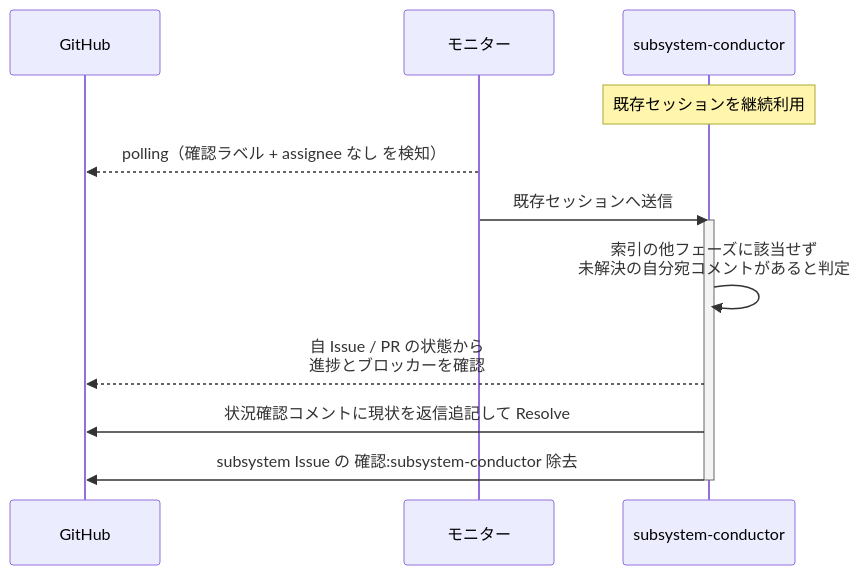
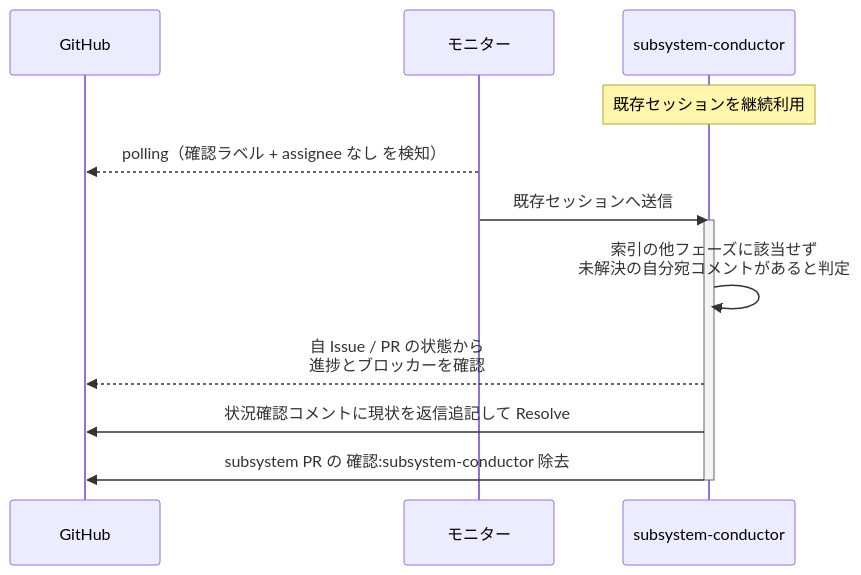
One commit to shuhei1101/ai-monitor changed the third of 4 diagrams in docs/wiki/設計図/シナリオ/単一ユースケース/統合テスト起動.md. Above: the diagram before and after it, drawn with Mermaid. The commit also changed other lines of this file and 256 other files, not shown here.

````diff
--- a/docs/wiki/設計図/シナリオ/単一ユースケース/統合テスト起動.md
+++ b/docs/wiki/設計図/シナリオ/単一ユースケース/統合テスト起動.md
@@ -110,16 +110,16 @@
 ```mermaid
 sequenceDiagram
   participant GH as GitHub
   participant ORC as モニター
   participant MON as subsystem-conductor
 
   Note over MON: 既存セッションを継続利用
   ORC-->>GH: polling（確認ラベル + assignee なし を検知）
   ORC->>MON: 既存セッションへ送信
   activate MON
   MON->>MON: 索引の他フェーズに該当せず<br>未解決の自分宛コメントがあると判定
   MON-->>GH: 自 Issue / PR の状態から<br>進捗とブロッカーを確認
   MON->>GH: 状況確認コメントに現状を返信追記して Resolve
-  MON->>GH: subsystem Issue の 確認:subsystem-conductor 除去
+  MON->>GH: subsystem PR の 確認:subsystem-conductor 除去
   deactivate MON
 ```
````
